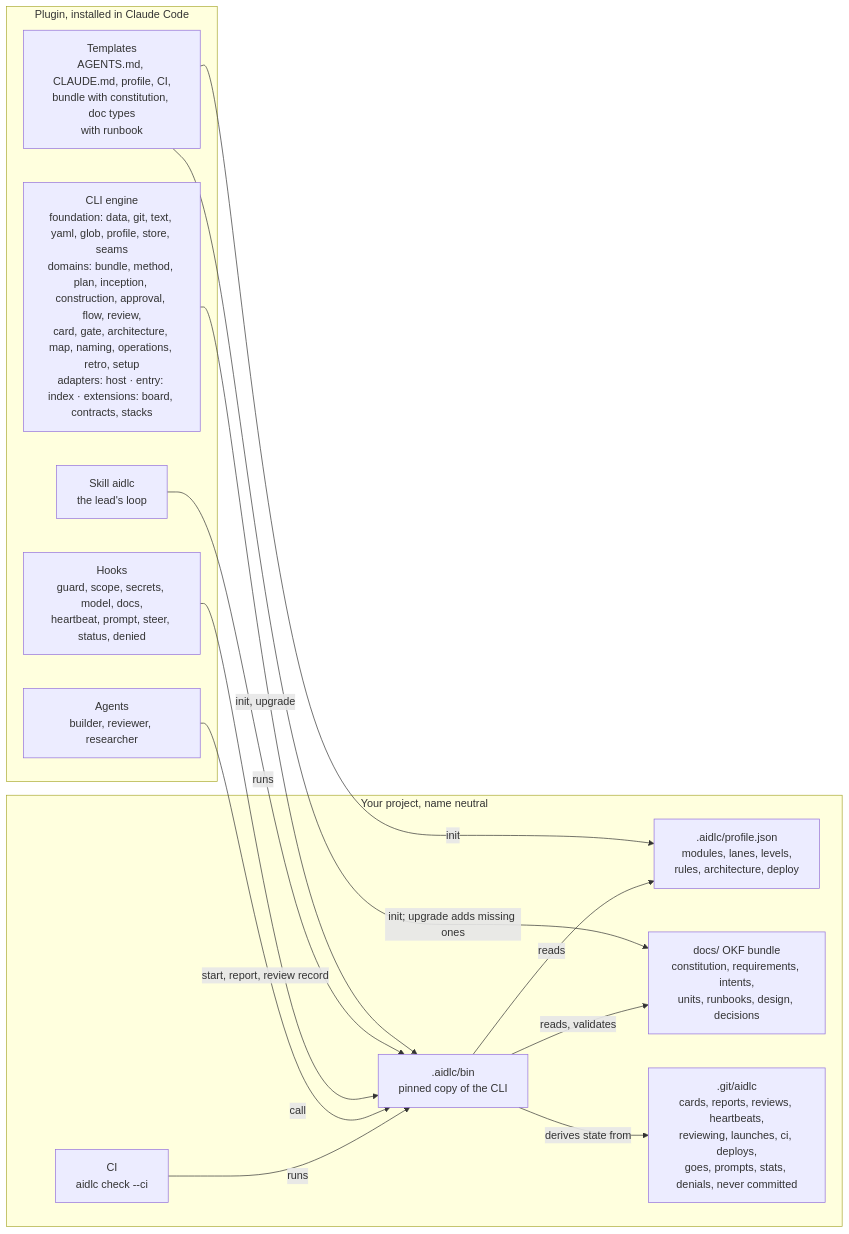
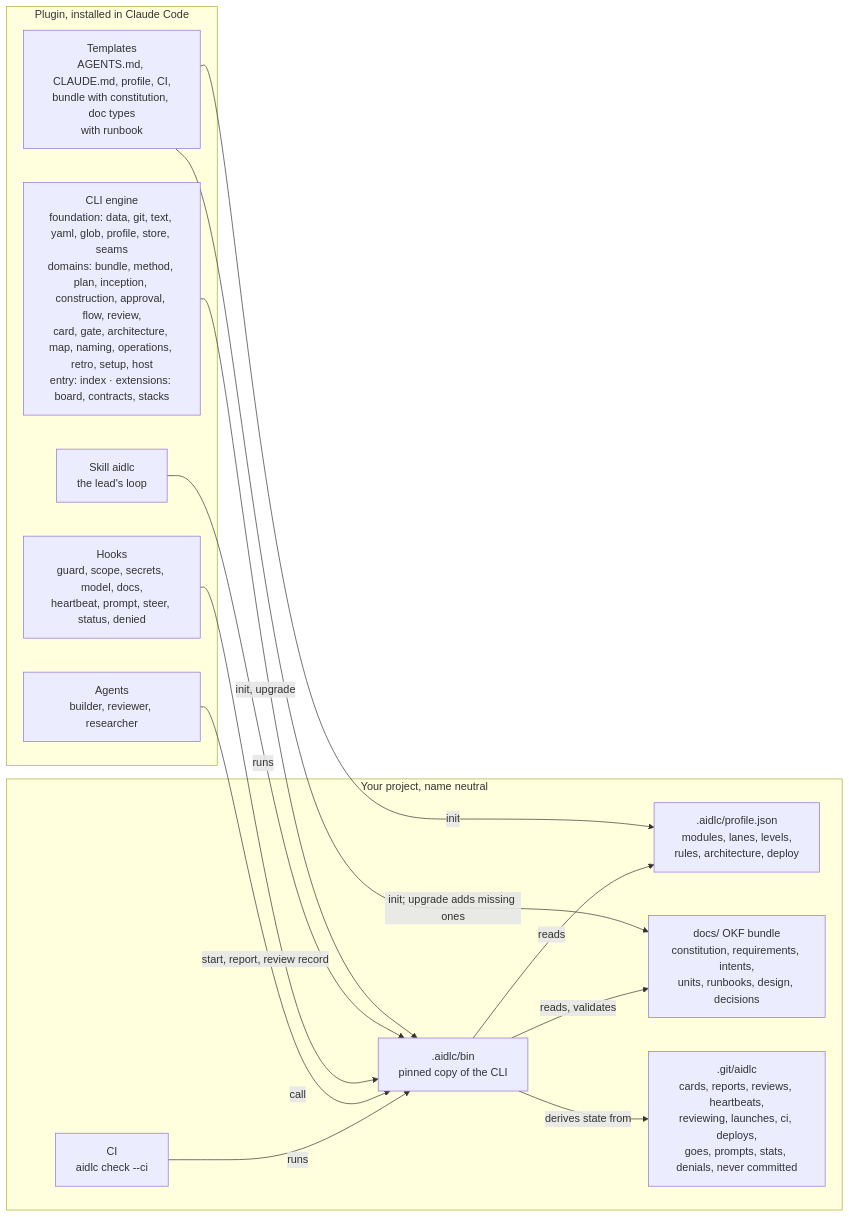
The second of 2 diagrams in README.md (Scrollout/aidlc-team-plugin), drawn with Mermaid before and after one commit. The commit also changed 16 other files, not shown here.

````diff
--- a/README.md
+++ b/README.md
@@ -77,29 +77,29 @@
 ```mermaid
 flowchart LR
   subgraph plugin["Plugin, installed in Claude Code"]
     skill["Skill aidlc<br/>the lead's loop"]
     agents["Agents<br/>builder, reviewer, researcher"]
     hooks["Hooks<br/>guard, scope, secrets, model, docs,<br/>heartbeat, prompt, steer, status, denied"]
-    cli["CLI engine<br/>foundation: data, git, text, yaml, glob, profile, store, seams<br/>domains: bundle, method, plan, inception, construction, approval, flow, review,<br/>card, gate, architecture, map, naming, operations, retro, setup<br/>adapters: host · entry: index · extensions: board, contracts, stacks"]
+    cli["CLI engine<br/>foundation: data, git, text, yaml, glob, profile, store, seams<br/>domains: bundle, method, plan, inception, construction, approval, flow, review,<br/>card, gate, architecture, map, naming, operations, retro, setup, host<br/>entry: index · extensions: board, contracts, stacks"]
     templates["Templates<br/>AGENTS.md, CLAUDE.md, profile, CI,<br/>bundle with constitution, doc types<br/>with runbook"]
   end
 
   subgraph project["Your project, name neutral"]
     profile[".aidlc/profile.json<br/>modules, lanes, levels,<br/>rules, architecture, deploy"]
     bin[".aidlc/bin<br/>pinned copy of the CLI"]
     docs["docs/ OKF bundle<br/>constitution, requirements, intents,<br/>units, runbooks, design, decisions"]
     runtime[".git/aidlc<br/>cards, reports, reviews, heartbeats,<br/>reviewing, launches, ci, deploys,<br/>goes, prompts, stats, denials, never committed"]
     ci["CI<br/>aidlc check --ci"]
   end
 
   templates -- "init" --> profile
   templates -- "init; upgrade adds missing ones" --> docs
   cli -- "init, upgrade" --> bin
   skill -- "runs" --> bin
   hooks -- "call" --> bin
   agents -- "start, report, review record" --> bin
   ci -- "runs" --> bin
   bin -- "reads, validates" --> docs
   bin -- "reads" --> profile
   bin -- "derives state from" --> runtime
 ```
````
